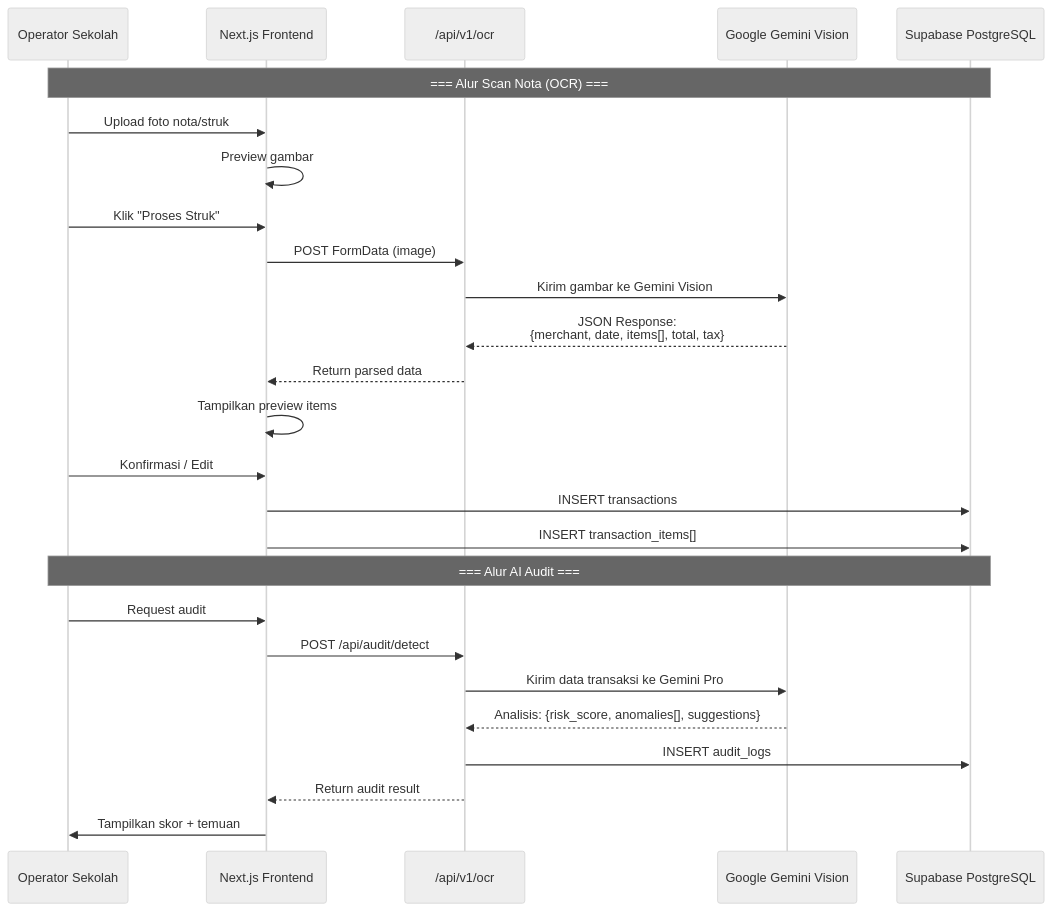
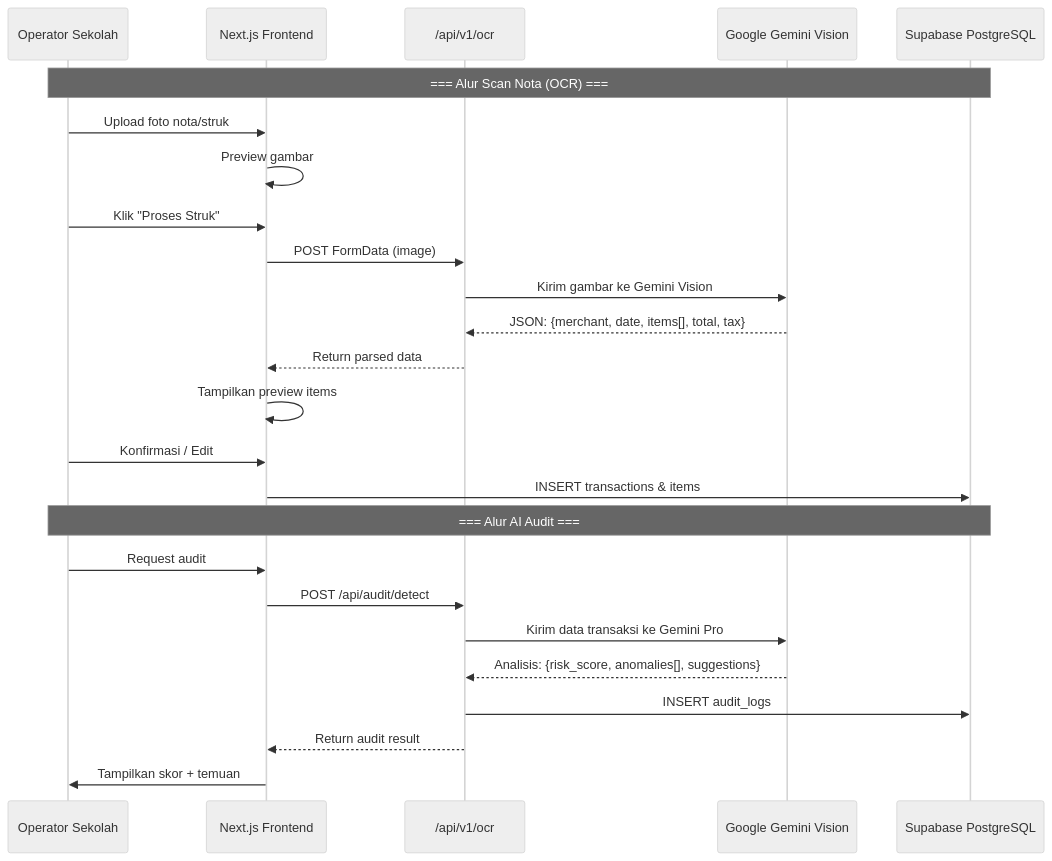
The third of 3 diagrams in prd.md (adimaryanto-stack/Transparansi-Anggaran-Pendidikan), drawn with Mermaid (neutral theme) before and after one commit. The commit also changed other lines of this file and 79 other files, not shown here.

````diff
--- a/prd.md
+++ b/prd.md
@@ -571,32 +298,31 @@
 ```mermaid
 sequenceDiagram
     participant U as Operator Sekolah
     participant FE as Next.js Frontend
     participant API as /api/v1/ocr
     participant AI as Google Gemini Vision
     participant DB as Supabase PostgreSQL
 
     Note over U,DB: === Alur Scan Nota (OCR) ===
 
     U->>FE: Upload foto nota/struk
     FE->>FE: Preview gambar
     U->>FE: Klik "Proses Struk"
     FE->>API: POST FormData (image)
     API->>AI: Kirim gambar ke Gemini Vision
-    AI-->>API: JSON Response:<br/>{merchant, date, items[], total, tax}
+    AI-->>API: JSON: {merchant, date, items[], total, tax}
     API-->>FE: Return parsed data
     FE->>FE: Tampilkan preview items
     U->>FE: Konfirmasi / Edit
-    FE->>DB: INSERT transactions
-    FE->>DB: INSERT transaction_items[]
+    FE->>DB: INSERT transactions & items
 
     Note over U,DB: === Alur AI Audit ===
 
     U->>FE: Request audit
     FE->>API: POST /api/audit/detect
     API->>AI: Kirim data transaksi ke Gemini Pro
     AI-->>API: Analisis: {risk_score, anomalies[], suggestions}
     API->>DB: INSERT audit_logs
     API-->>FE: Return audit result
     FE->>U: Tampilkan skor + temuan
 ```
````
